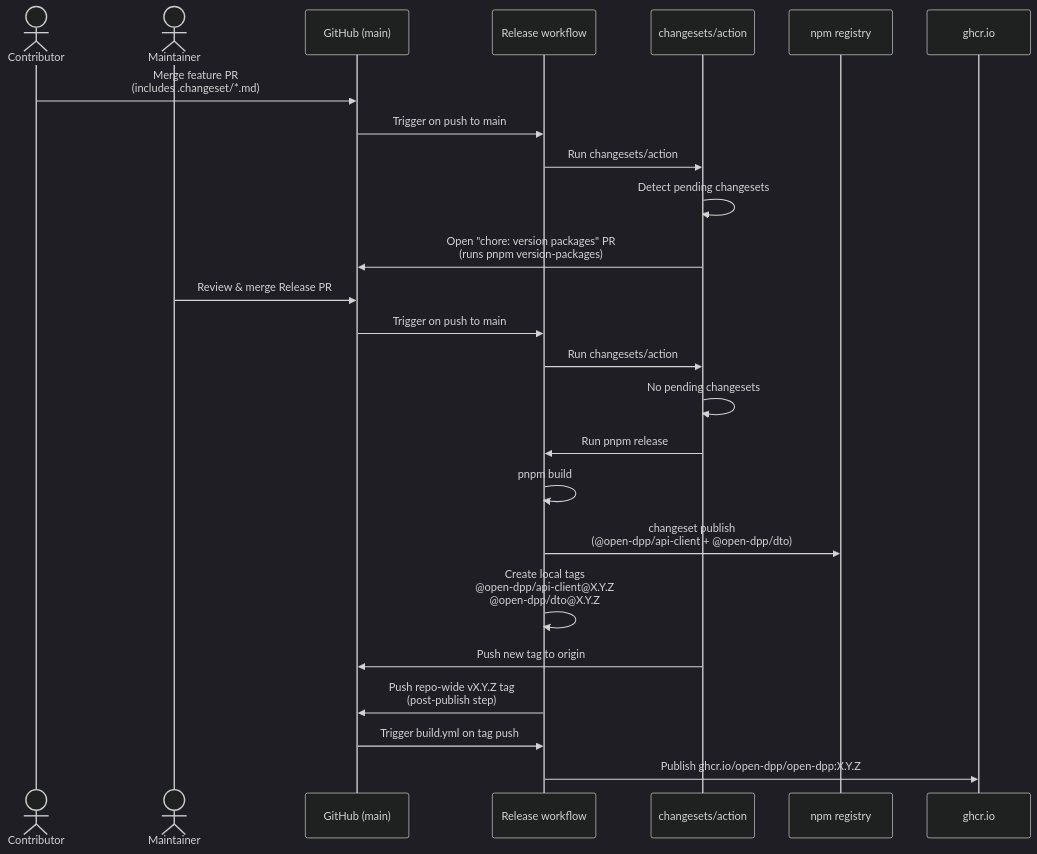
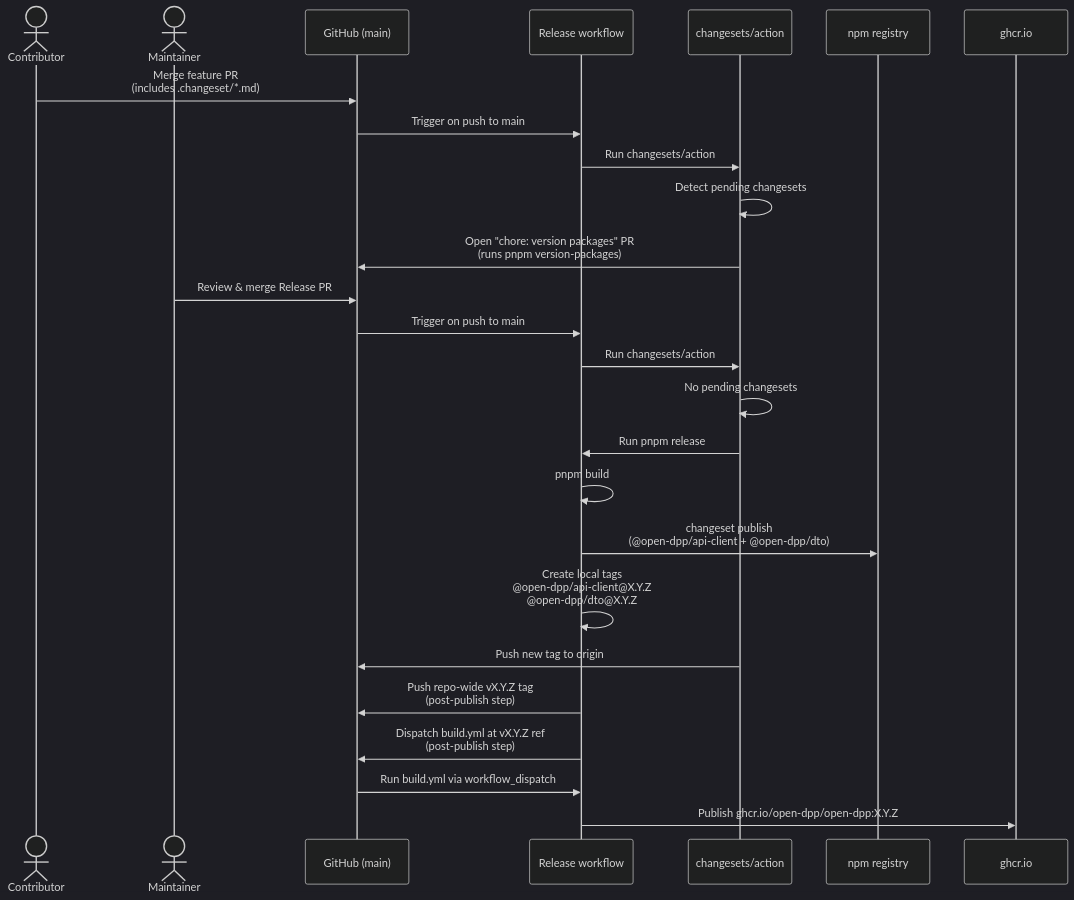
Before and after one commit to open-dpp/open-dpp: the second of 2 diagrams in RELEASING.md, drawn with Mermaid (dark theme). The commit also changed other lines of this file and 2 other files, not shown here.

````diff
--- a/RELEASING.md
+++ b/RELEASING.md
@@ -91,28 +91,29 @@
 ```mermaid
 sequenceDiagram
     actor Dev as Contributor
     actor Maint as Maintainer
     participant GH as GitHub (main)
     participant WF as Release workflow
     participant CS as changesets/action
     participant NPM as npm registry
     participant GHCR as ghcr.io
 
     Dev->>GH: Merge feature PR<br/>(includes .changeset/*.md)
     GH->>WF: Trigger on push to main
     WF->>CS: Run changesets/action
     CS->>CS: Detect pending changesets
     CS->>GH: Open "chore: version packages" PR<br/>(runs pnpm version-packages)
     Maint->>GH: Review & merge Release PR
     GH->>WF: Trigger on push to main
     WF->>CS: Run changesets/action
     CS->>CS: No pending changesets
     CS->>WF: Run pnpm release
     WF->>WF: pnpm build
     WF->>NPM: changeset publish<br/>(@open-dpp/api-client + @open-dpp/dto)
     WF->>WF: Create local tags<br/>@open-dpp/api-client@X.Y.Z<br/>@open-dpp/dto@X.Y.Z
     CS->>GH: Push new tag to origin
     WF->>GH: Push repo-wide vX.Y.Z tag<br/>(post-publish step)
-    GH->>WF: Trigger build.yml on tag push
+    WF->>GH: Dispatch build.yml at vX.Y.Z ref<br/>(post-publish step)
+    GH->>WF: Run build.yml via workflow_dispatch
     WF->>GHCR: Publish ghcr.io/open-dpp/open-dpp:X.Y.Z
 ```
````
